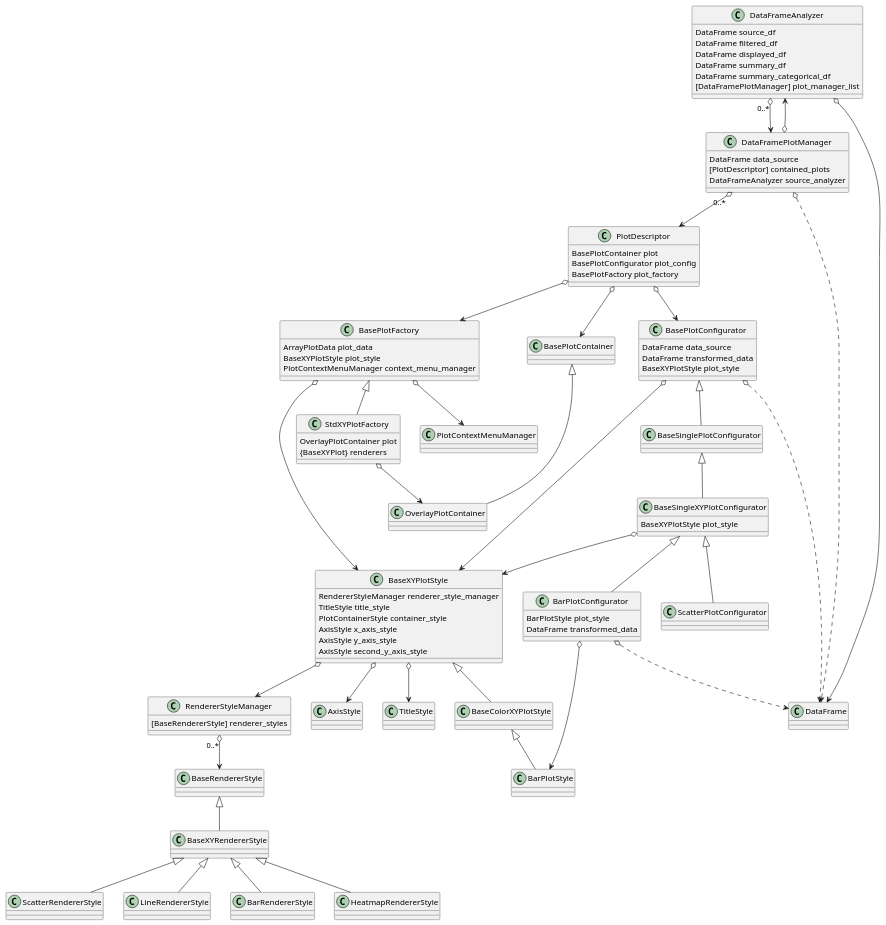
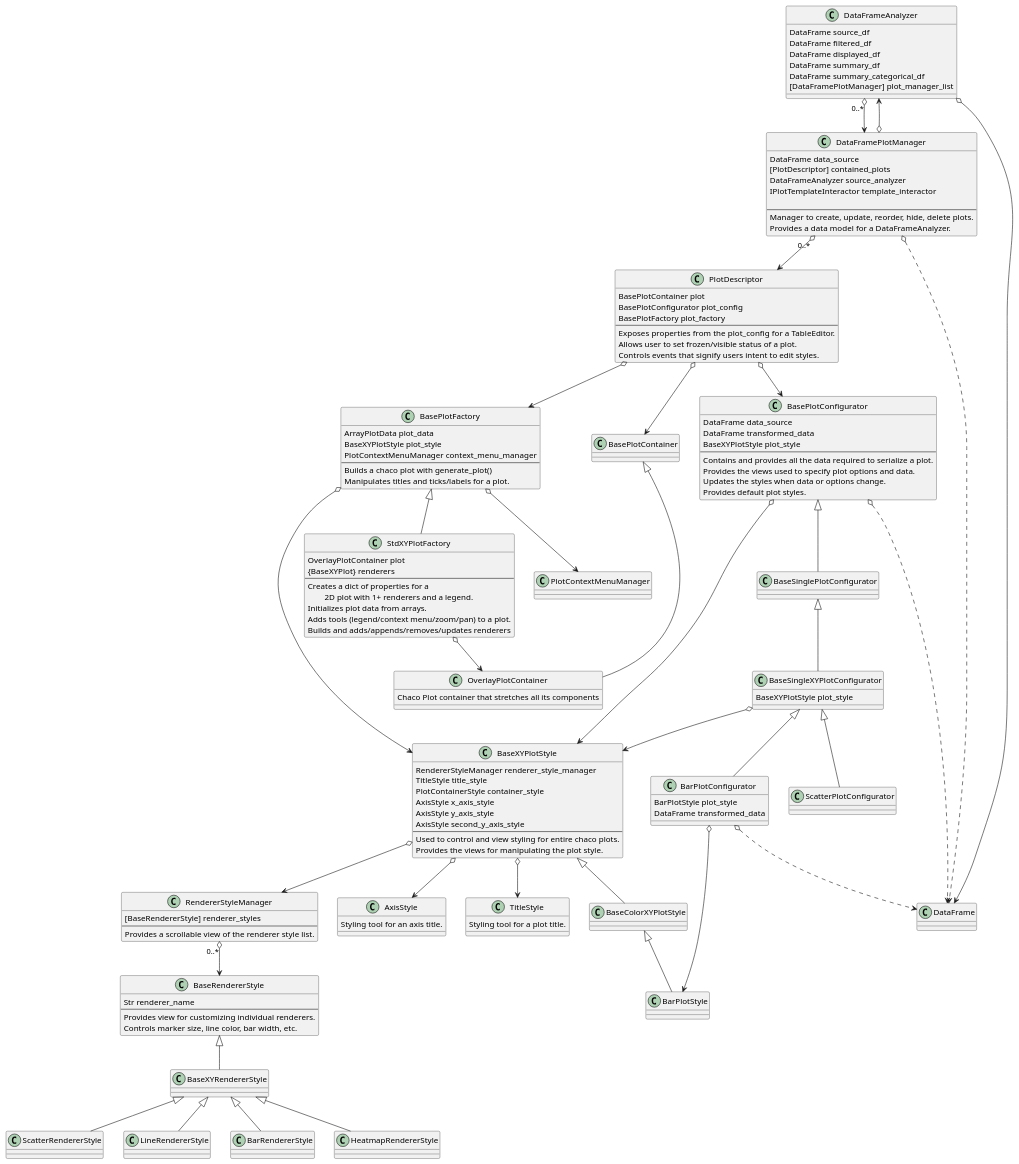
Before and after one commit to KBIbiopharma/pybleau: the diagram in pybleau_plotting.puml, drawn with PlantUML. The commit also changed 1 other file, not shown here.

```diff
--- a/pybleau_plotting.puml
+++ b/pybleau_plotting.puml
@@ -1,107 +1,145 @@
 @startuml
 
 'class DataElement
 'DataElement <|-- DataFramePlotManager
 'DataElement <|-- DataFrameAnalyzer
 class DataFrameAnalyzer {
     DataFrame source_df
     DataFrame filtered_df
     DataFrame displayed_df
     DataFrame summary_df
     DataFrame summary_categorical_df
     [DataFramePlotManager] plot_manager_list
 
 }
 DataFrameAnalyzer o--> DataFrame
 DataFrameAnalyzer "0..*" o--> DataFramePlotManager
 
 class DataFramePlotManager {
     DataFrame data_source
     [PlotDescriptor] contained_plots
     DataFrameAnalyzer source_analyzer
+    IPlotTemplateInteractor template_interactor
+
+    --
+    Manager to create, update, reorder, hide, delete plots.
+    Provides a data model for a DataFrameAnalyzer.
 }
 DataFramePlotManager "0..*" o--> PlotDescriptor
 DataFramePlotManager o..> DataFrame
 DataFramePlotManager o--> DataFrameAnalyzer
 
 class BasePlotFactory {
     ArrayPlotData plot_data
     BaseXYPlotStyle plot_style
     PlotContextMenuManager context_menu_manager
+    --
+    Builds a chaco plot with generate_plot()
+    Manipulates titles and ticks/labels for a plot.
 }
 BasePlotFactory o--> BaseXYPlotStyle
 BasePlotFactory o--> PlotContextMenuManager
 
 class StdXYPlotFactory {
     OverlayPlotContainer plot
     {BaseXYPlot} renderers
+    --
+    Creates a dict of properties for a \n\t2D plot with 1+ renderers and a legend.
+    Initializes plot data from arrays.
+    Adds tools (legend/context menu/zoom/pan) to a plot.
+    Builds and adds/appends/removes/updates renderers
 }
 BasePlotContainer <|-- OverlayPlotContainer
 BasePlotFactory <|-- StdXYPlotFactory
 StdXYPlotFactory o--> OverlayPlotContainer
+OverlayPlotContainer : Chaco Plot container that stretches all its components
 
 class BaseXYPlotStyle {
     RendererStyleManager renderer_style_manager
     TitleStyle title_style
     PlotContainerStyle container_style
     AxisStyle x_axis_style
     AxisStyle y_axis_style
     AxisStyle second_y_axis_style
+    --
+    Used to control and view styling for entire chaco plots.
+    Provides the views for manipulating the plot style.
 }
 BaseXYPlotStyle o--> RendererStyleManager
 BaseXYPlotStyle o--> AxisStyle
 BaseXYPlotStyle o--> TitleStyle
+BaseXYPlotStyle <|-- BaseColorXYPlotStyle
+BaseColorXYPlotStyle <|-- BarPlotStyle
+
+TitleStyle : Styling tool for a plot title.
+AxisStyle : Styling tool for an axis title.
 
 class RendererStyleManager {
     [BaseRendererStyle] renderer_styles
+    --
+    Provides a scrollable view of the renderer style list.
 }
 RendererStyleManager "0..*" o--> BaseRendererStyle
+
+class BaseRendererStyle {
+    Str renderer_name
+    --
+    Provides view for customizing individual renderers.
+    Controls marker size, line color, bar width, etc.
+}
 BaseRendererStyle <|-- BaseXYRendererStyle
 BaseXYRendererStyle <|-- ScatterRendererStyle
 BaseXYRendererStyle <|-- LineRendererStyle
 BaseXYRendererStyle <|-- BarRendererStyle
 BaseXYRendererStyle <|-- HeatmapRendererStyle
 
 
 class PlotDescriptor {
     BasePlotContainer plot
     BasePlotConfigurator plot_config
     BasePlotFactory plot_factory
+    --
+    Exposes properties from the plot_config for a TableEditor.
+    Allows user to set frozen/visible status of a plot.
+    Controls events that signify users intent to edit styles.
 }
 PlotDescriptor o--> BasePlotContainer
 PlotDescriptor o--> BasePlotConfigurator
 PlotDescriptor o--> BasePlotFactory
 
 
 class BasePlotConfigurator {
     DataFrame data_source
     DataFrame transformed_data
     BaseXYPlotStyle plot_style
+    --
+    Contains and provides all the data required to serialize a plot.
+    Provides the views used to specify plot options and data.
+    Updates the styles when data or options change.
+    Provides default plot styles.
 }
 BasePlotConfigurator o..> DataFrame
 BasePlotConfigurator o--> BaseXYPlotStyle
 
 class BaseSingleXYPlotConfigurator {
     BaseXYPlotStyle plot_style
 }
 BaseSingleXYPlotConfigurator o--> BaseXYPlotStyle
 
 class BarPlotConfigurator {
     BarPlotStyle plot_style
     DataFrame transformed_data
 }
 BarPlotConfigurator o..> DataFrame
 BarPlotConfigurator o--> BarPlotStyle
-BaseColorXYPlotStyle <|-- BarPlotStyle
-BaseXYPlotStyle <|-- BaseColorXYPlotStyle
 
 class ScatterPlotConfigurator
 BasePlotConfigurator <|-- BaseSinglePlotConfigurator
 'BasePlotConfigurator <|-- BaseMultiPlotConfigurator
 'BaseSingleXYPlotConfigurator <|-- MultiLinePlotConfigurator
 'BaseMultiPlotConfigurator <|-- MultiLinePlotConfigurator
 BaseSinglePlotConfigurator <|-- BaseSingleXYPlotConfigurator
 BaseSingleXYPlotConfigurator <|-- BarPlotConfigurator
 BaseSingleXYPlotConfigurator <|-- ScatterPlotConfigurator
 
 @enduml
```
